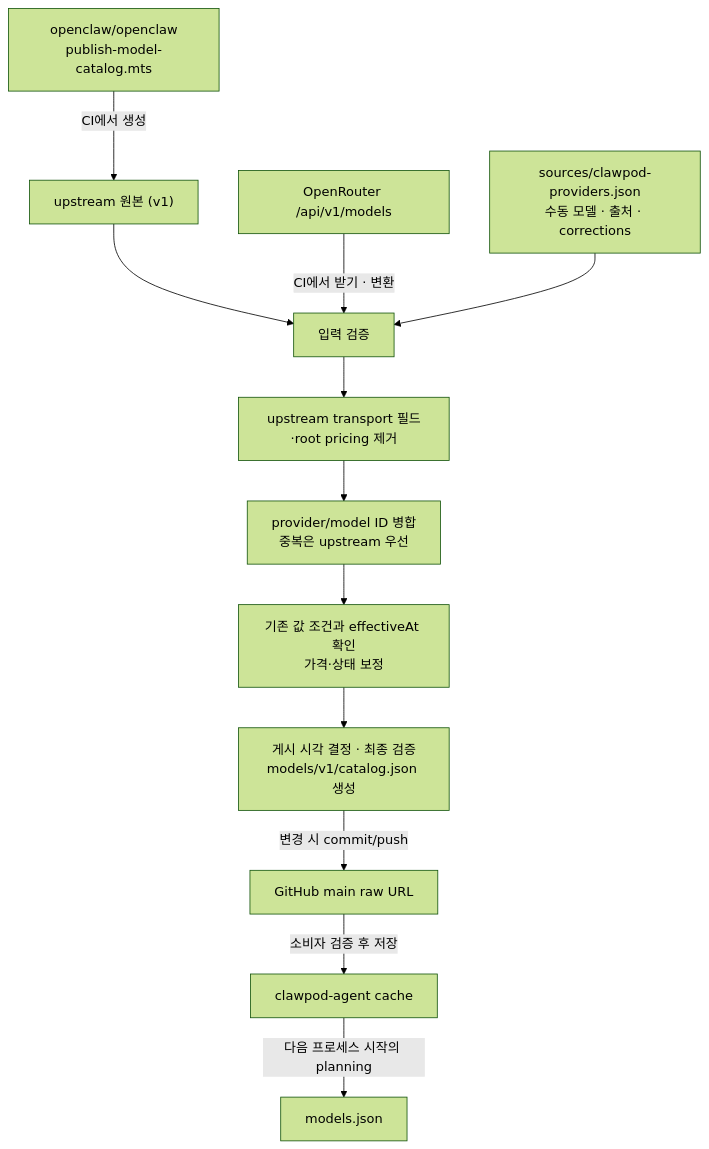
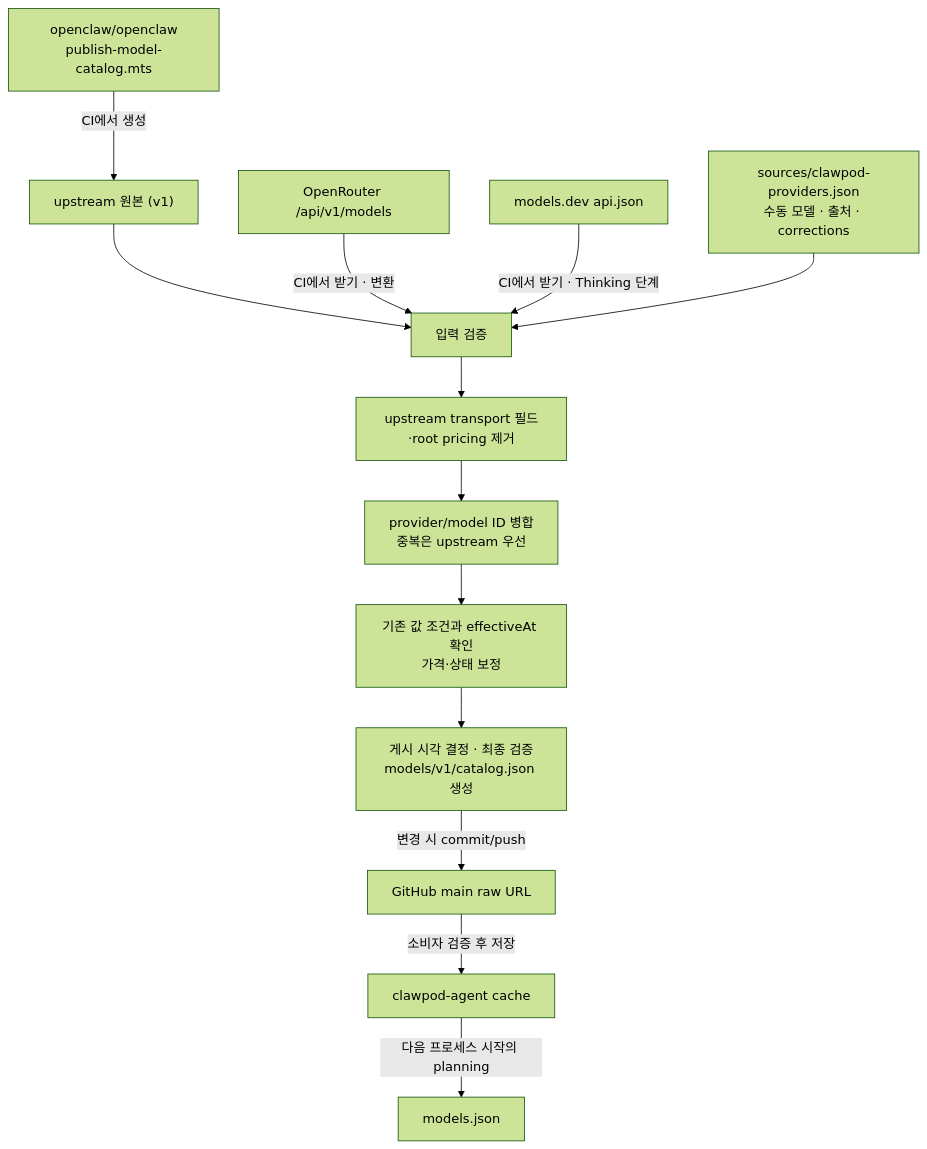
Before and after one commit to Wondermove-Inc/clawpod-catalog: the diagram in README.md, drawn with Mermaid (forest theme). The commit also changed other lines of this file and 10 other files, not shown here.

First line of the commit message:
feat: fill thinking effort levels and defaults for reasoning models

````diff
--- a/README.md
+++ b/README.md
@@ -22,14 +22,15 @@
 ```mermaid
 flowchart TD
     O["openclaw/openclaw<br/>publish-model-catalog.mts"] -->|"CI에서 생성"| U["upstream 원본 (v1)"]
     U --> V["입력 검증"]
     OR["OpenRouter /api/v1/models"] -->|"CI에서 받기 · 변환"| V
+    MD["models.dev api.json"] -->|"CI에서 받기 · Thinking 단계"| V
     S["sources/clawpod-providers.json<br/>수동 모델 · 출처 · corrections"] --> V
     V --> T["upstream transport 필드·root pricing 제거"]
     T --> M["provider/model ID 병합<br/>중복은 upstream 우선"]
     M --> C["기존 값 조건과 effectiveAt 확인<br/>가격·상태 보정"]
     C --> P["게시 시각 결정 · 최종 검증<br/>models/v1/catalog.json 생성"]
     P -->|"변경 시 commit/push"| G["GitHub main raw URL"]
     G -->|"소비자 검증 후 저장"| A["clawpod-agent cache"]
     A -->|"다음 프로세스 시작의 planning"| R["models.json"]
 ```
````
